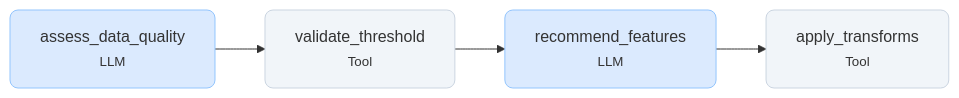
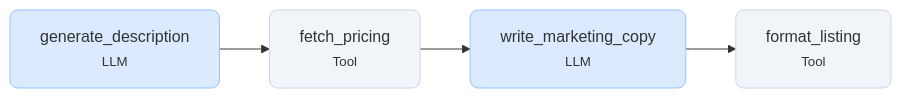
The seventh of 7 diagrams in docs.agent-actions/docs/guides/design-patterns.md (Muizzkolapo/agent-actions), drawn with Mermaid before and after one commit. The commit also changed other lines of this file and 69 other files, not shown here.

````diff
--- a/docs.agent-actions/docs/guides/design-patterns.md
+++ b/docs.agent-actions/docs/guides/design-patterns.md
@@ -710,10 +801,10 @@
 ```mermaid
 flowchart LR
-    A["assess_data_quality<br/><small>LLM</small>"] --> B["validate_threshold<br/><small>Tool</small>"] --> C["recommend_features<br/><small>LLM</small>"] --> D["apply_transforms<br/><small>Tool</small>"]
+    A["generate_description<br/><small>LLM</small>"] --> B["fetch_pricing<br/><small>Tool</small>"] --> C["write_marketing_copy<br/><small>LLM</small>"] --> D["format_listing<br/><small>Tool</small>"]
 
     class B,D tool
     class A,C llm
     classDef default rx:8,ry:8
     classDef tool fill:#f1f5f9,stroke:#cbd5e1,stroke-width:1px,rx:8,ry:8
     classDef llm fill:#dbeafe,stroke:#93c5fd,stroke-width:1px,rx:8,ry:8
 ```
````
